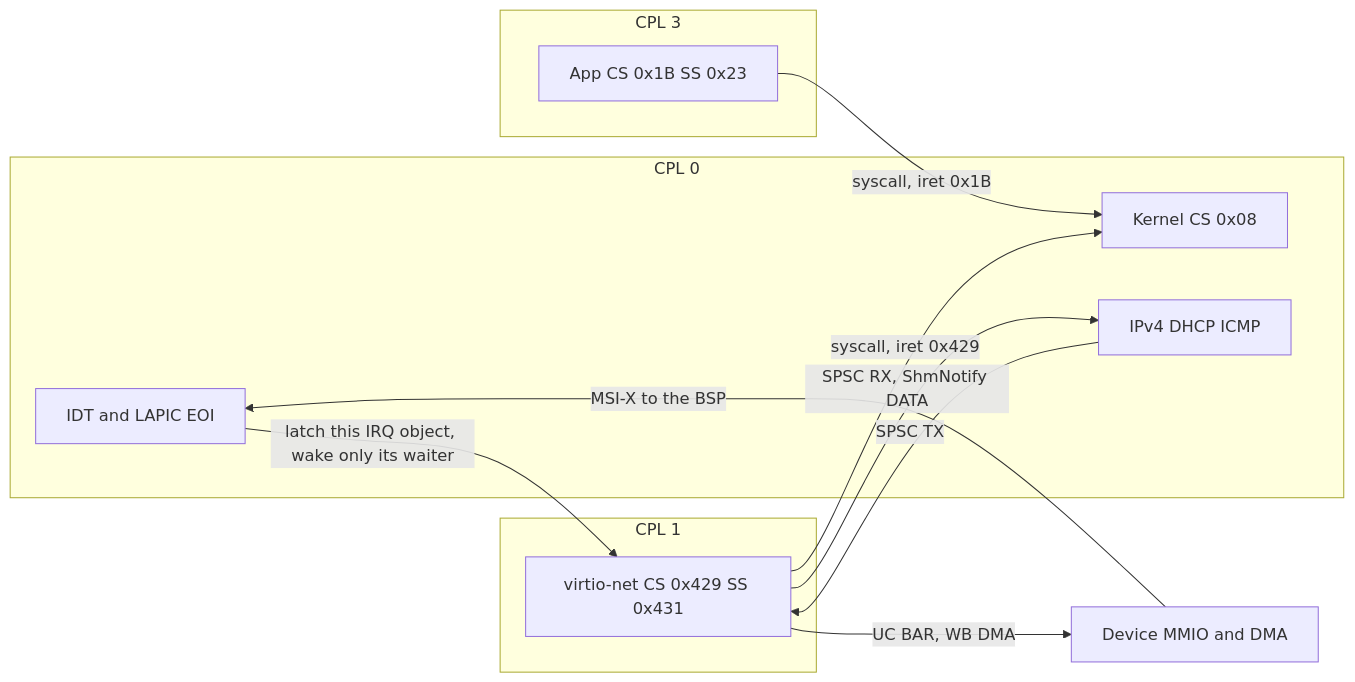
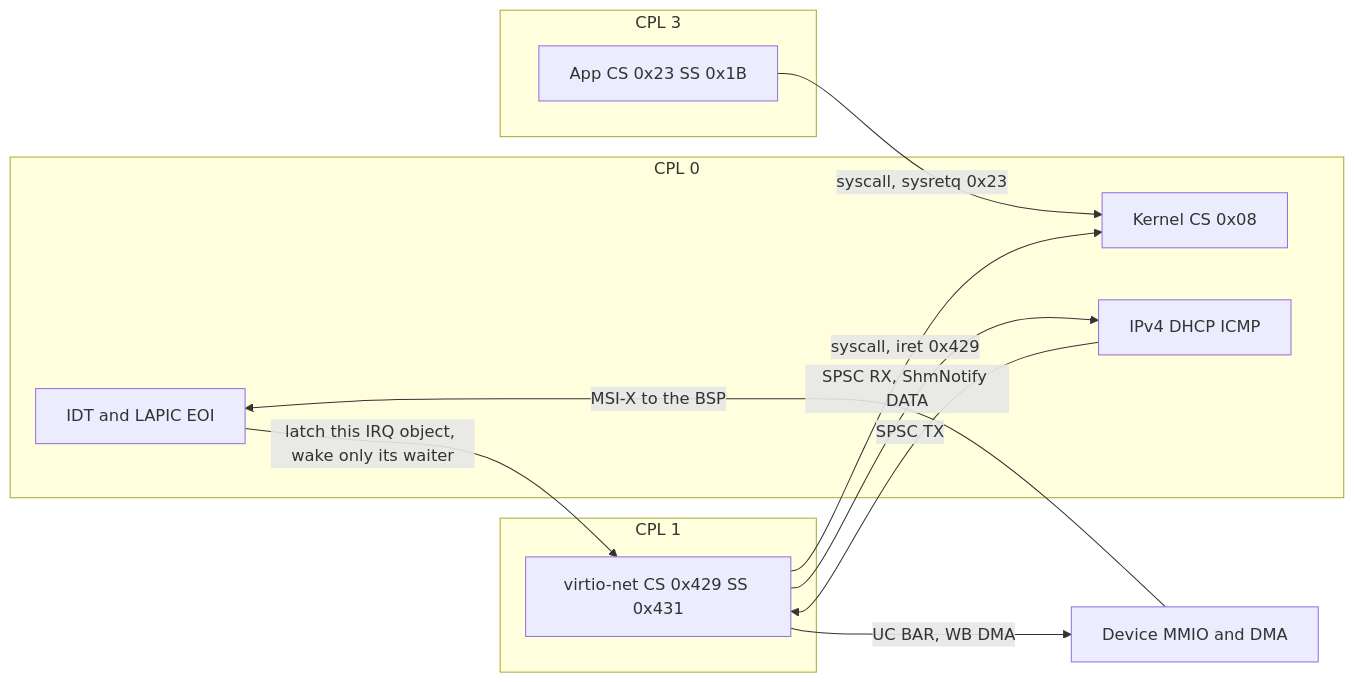
One commit to ritz-lang/rz changed the first of 2 diagrams in projects/harland/docs/RING1_DRIVER.md. Above: the diagram before and after it, drawn with Mermaid. The commit also changed other lines of this file, not shown here.

First line of the commit message:
ritz-task-4708: 🤖 harland RING1_DRIVER.md: reconcile with the #4610 SYSRETQ exit and GDT order

````diff
--- a/projects/harland/docs/RING1_DRIVER.md
+++ b/projects/harland/docs/RING1_DRIVER.md
@@ -93,23 +104,23 @@
 ```mermaid
 flowchart LR
   subgraph r3 [CPL 3]
-    app["App CS 0x1B SS 0x23"]
+    app["App CS 0x23 SS 0x1B"]
   end
   subgraph r0 [CPL 0]
     kern["Kernel CS 0x08"]
     idt["IDT and LAPIC EOI"]
     stack["IPv4 DHCP ICMP"]
   end
   subgraph r1 [CPL 1]
     drv["virtio-net CS 0x429 SS 0x431"]
   end
   dev["Device MMIO and DMA"]
 
-  app -->|"syscall, iret 0x1B"| kern
+  app -->|"syscall, sysretq 0x23"| kern
   drv -->|"syscall, iret 0x429"| kern
   dev -->|"MSI-X to the BSP"| idt
   idt -->|"latch this IRQ object, wake only its waiter"| drv
   drv -->|"UC BAR, WB DMA"| dev
   drv -->|"SPSC RX, ShmNotify DATA"| stack
   stack -->|"SPSC TX"| drv
 ```
````
